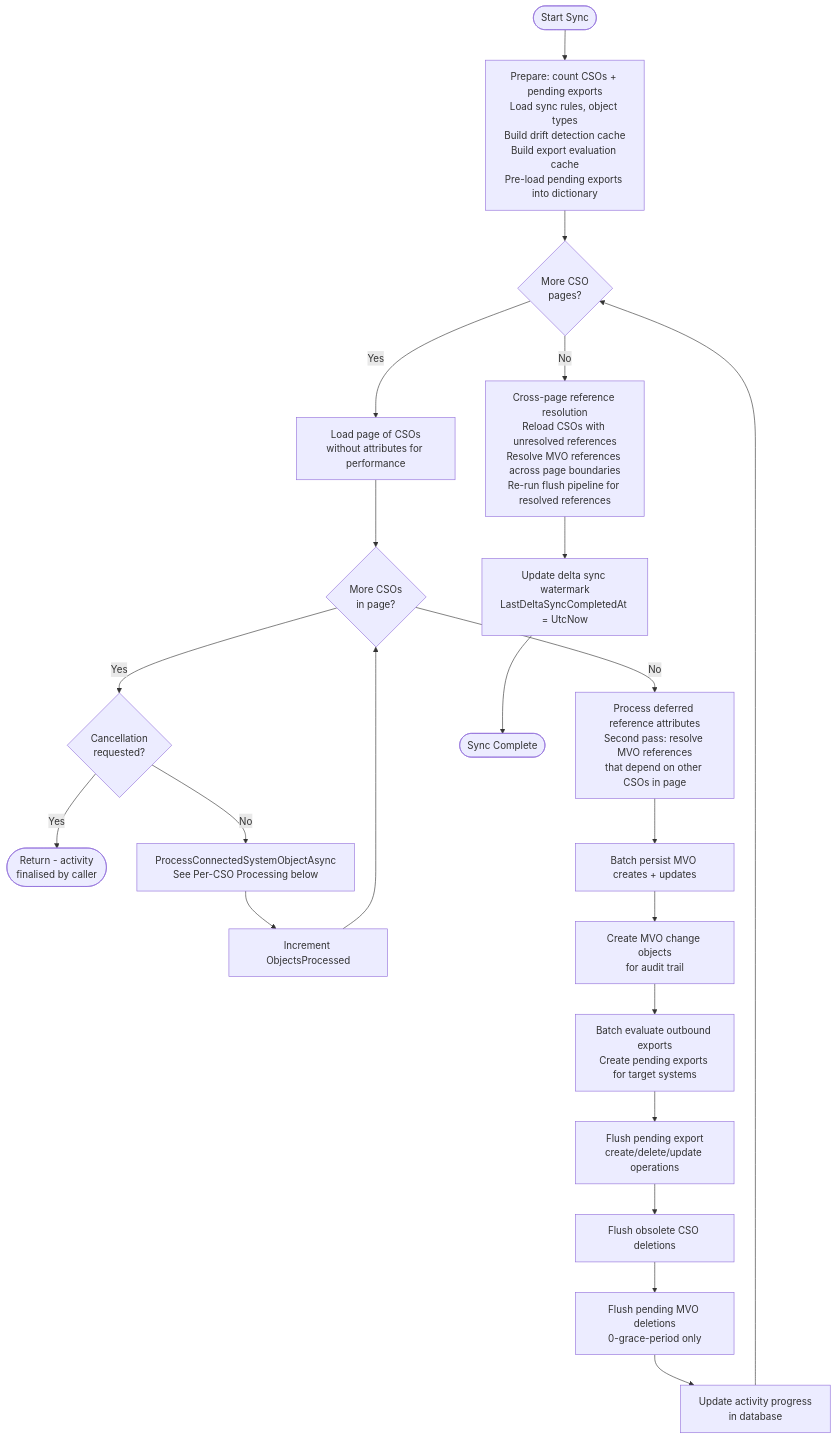
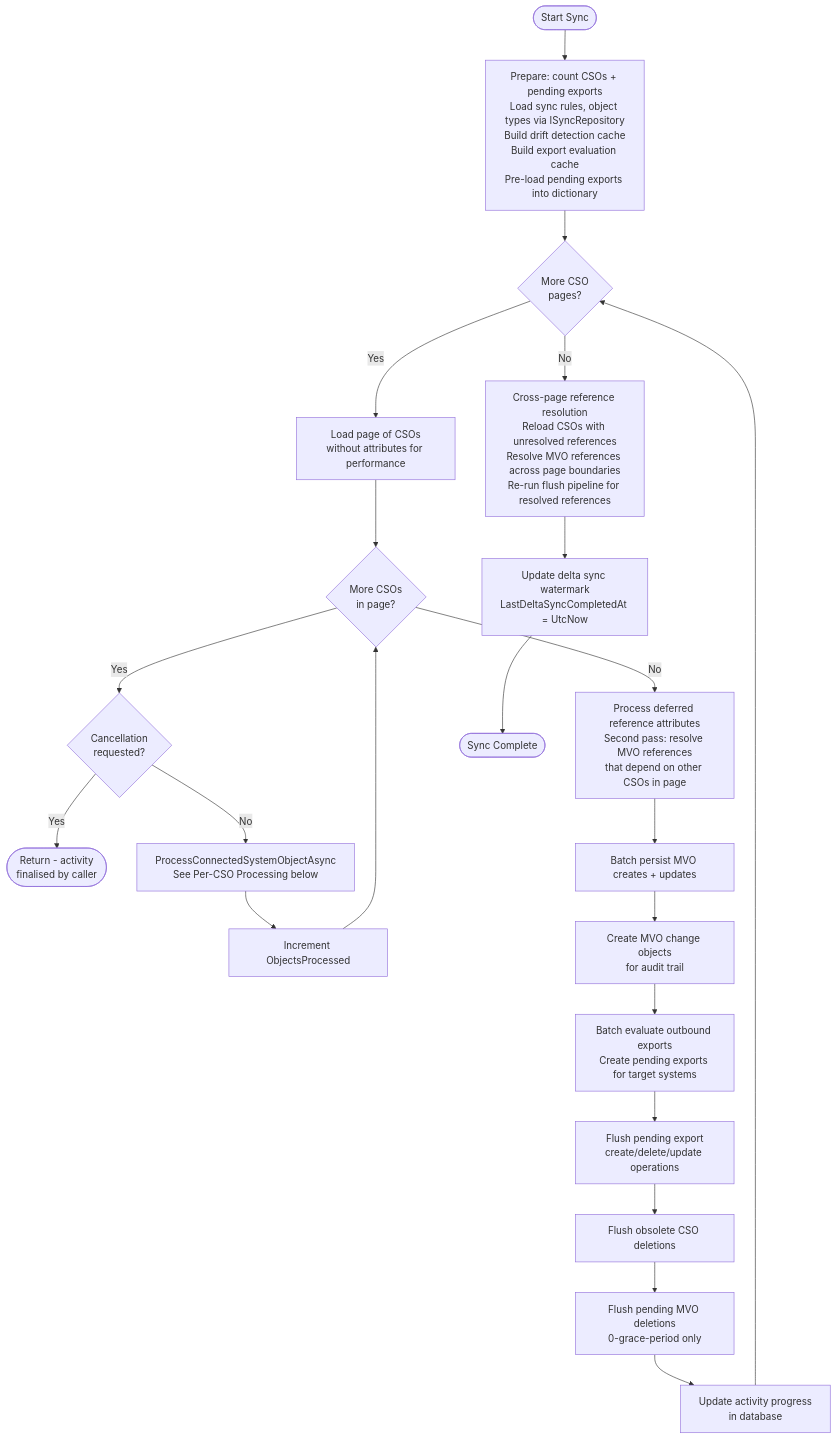
One commit to TetronIO/JIM changed the first of 2 diagrams in docs/diagrams/mermaid/FULL_SYNC_CSO_PROCESSING.md. Above: the diagram before and after it, drawn with Mermaid. The commit also changed other lines of this file and 40 other files, not shown here.

First line of the commit message:
docs: update C4 and Mermaid diagrams for v0.7.1 architecture

````diff
--- a/docs/diagrams/mermaid/FULL_SYNC_CSO_PROCESSING.md
+++ b/docs/diagrams/mermaid/FULL_SYNC_CSO_PROCESSING.md
@@ -13,28 +18,28 @@
 ```mermaid
 flowchart TD
-    Start([Start Sync]) --> Prepare[Prepare: count CSOs + pending exports<br/>Load sync rules, object types<br/>Build drift detection cache<br/>Build export evaluation cache<br/>Pre-load pending exports into dictionary]
+    Start([Start Sync]) --> Prepare[Prepare: count CSOs + pending exports<br/>Load sync rules, object types via ISyncRepository<br/>Build drift detection cache<br/>Build export evaluation cache<br/>Pre-load pending exports into dictionary]
     Prepare --> PageLoop{More CSO<br/>pages?}
 
     PageLoop -->|Yes| LoadPage[Load page of CSOs<br/>without attributes for performance]
     LoadPage --> CsoLoop{More CSOs<br/>in page?}
 
     CsoLoop -->|Yes| CheckCancel{Cancellation<br/>requested?}
     CheckCancel -->|Yes| Return([Return - activity<br/>finalised by caller])
     CheckCancel -->|No| ProcessCso[ProcessConnectedSystemObjectAsync<br/>See Per-CSO Processing below]
     ProcessCso --> IncrProgress[Increment ObjectsProcessed]
     IncrProgress --> CsoLoop
 
     CsoLoop -->|No| DeferredRef[Process deferred reference attributes<br/>Second pass: resolve MVO references<br/>that depend on other CSOs in page]
     DeferredRef --> PersistMvo[Batch persist MVO creates + updates]
     PersistMvo --> MvoChanges[Create MVO change objects<br/>for audit trail]
     MvoChanges --> EvalExports[Batch evaluate outbound exports<br/>Create pending exports for target systems]
     EvalExports --> FlushPE[Flush pending export<br/>create/delete/update operations]
     FlushPE --> FlushCSO[Flush obsolete CSO deletions]
     FlushCSO --> FlushMVO[Flush pending MVO deletions<br/>0-grace-period only]
     FlushMVO --> UpdateProgress[Update activity progress<br/>in database]
     UpdateProgress --> PageLoop
 
     PageLoop -->|No| CrossPage[Cross-page reference resolution<br/>Reload CSOs with unresolved references<br/>Resolve MVO references across page boundaries<br/>Re-run flush pipeline for resolved references]
     CrossPage --> Watermark[Update delta sync watermark<br/>LastDeltaSyncCompletedAt = UtcNow]
     Watermark --> End([Sync Complete])
 ```
````
